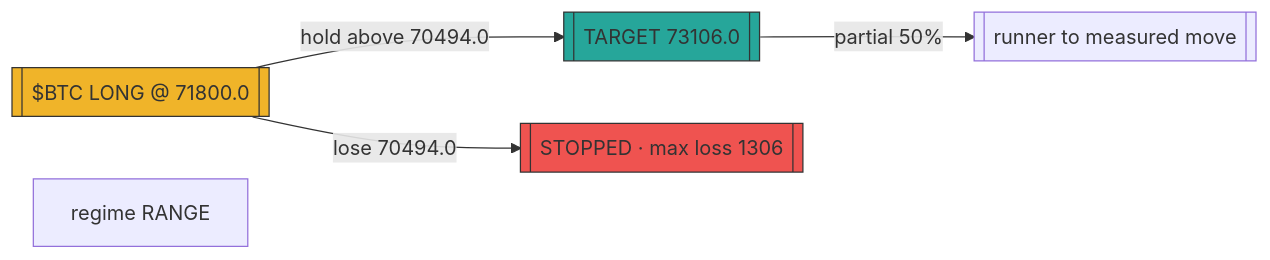
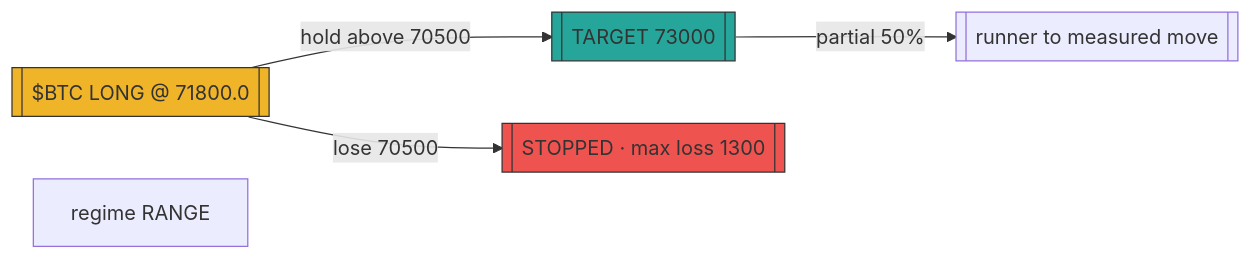
The diagram in astronomer/data/proveout_posts_Timeless_Crypto/1851609445584753082.mmd (prx0r/BEAR), drawn with Mermaid before and after one commit. The commit also changed 2030 other files, not shown here.

```diff
--- a/astronomer/data/proveout_posts_Timeless_Crypto/1851609445584753082.mmd
+++ b/astronomer/data/proveout_posts_Timeless_Crypto/1851609445584753082.mmd
@@ -1,9 +1,9 @@
 flowchart LR
     sig[["$BTC LONG @ 71800.0"]]
-    sig -->|"hold above 70494.0"| tgt[["TARGET 73106.0"]]
-    sig -->|"lose 70494.0"| stp[["STOPPED · max loss 1306"]]
+    sig -->|"hold above 70500"| tgt[["TARGET 73000"]]
+    sig -->|"lose 70500"| stp[["STOPPED · max loss 1300"]]
     tgt -->|"partial 50%"| t2[["runner to measured move"]]
     style sig fill:#f0b429,stroke:#333
     style tgt fill:#26a69a,stroke:#333
     style stp fill:#ef5350,stroke:#333
     sub["regime RANGE" ]
```
